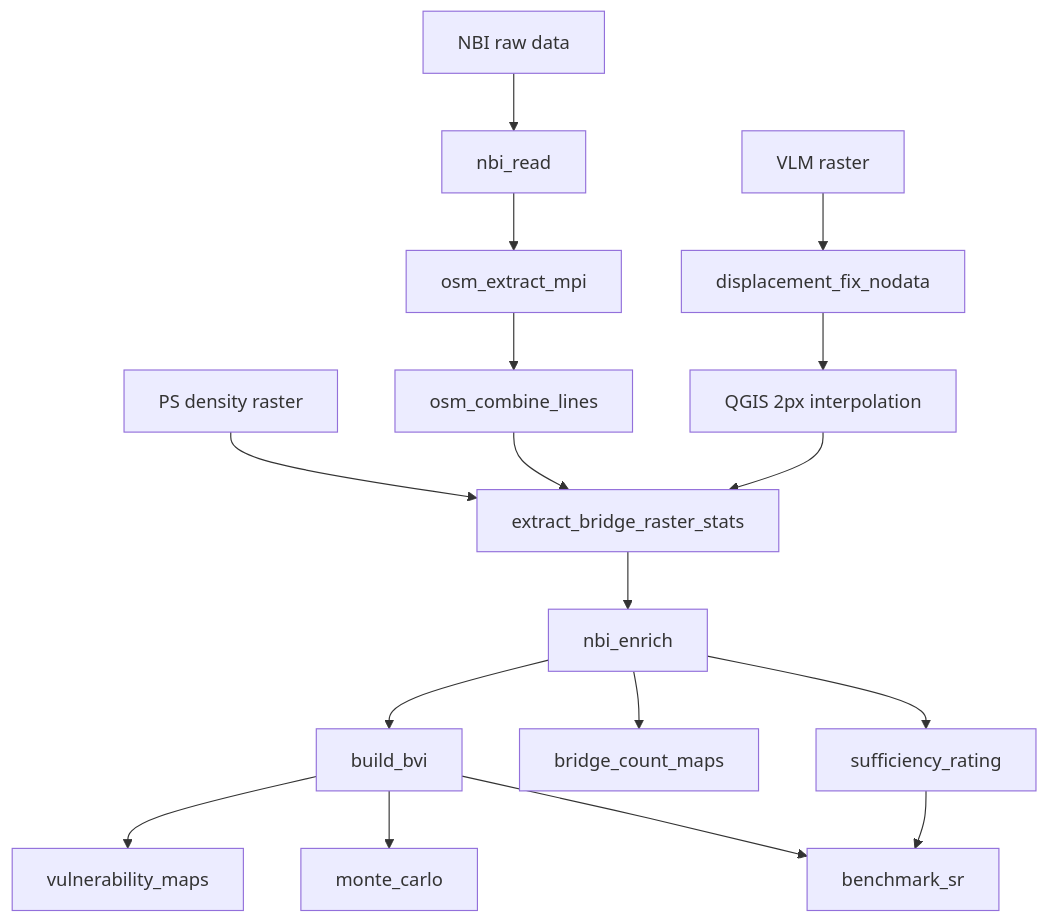
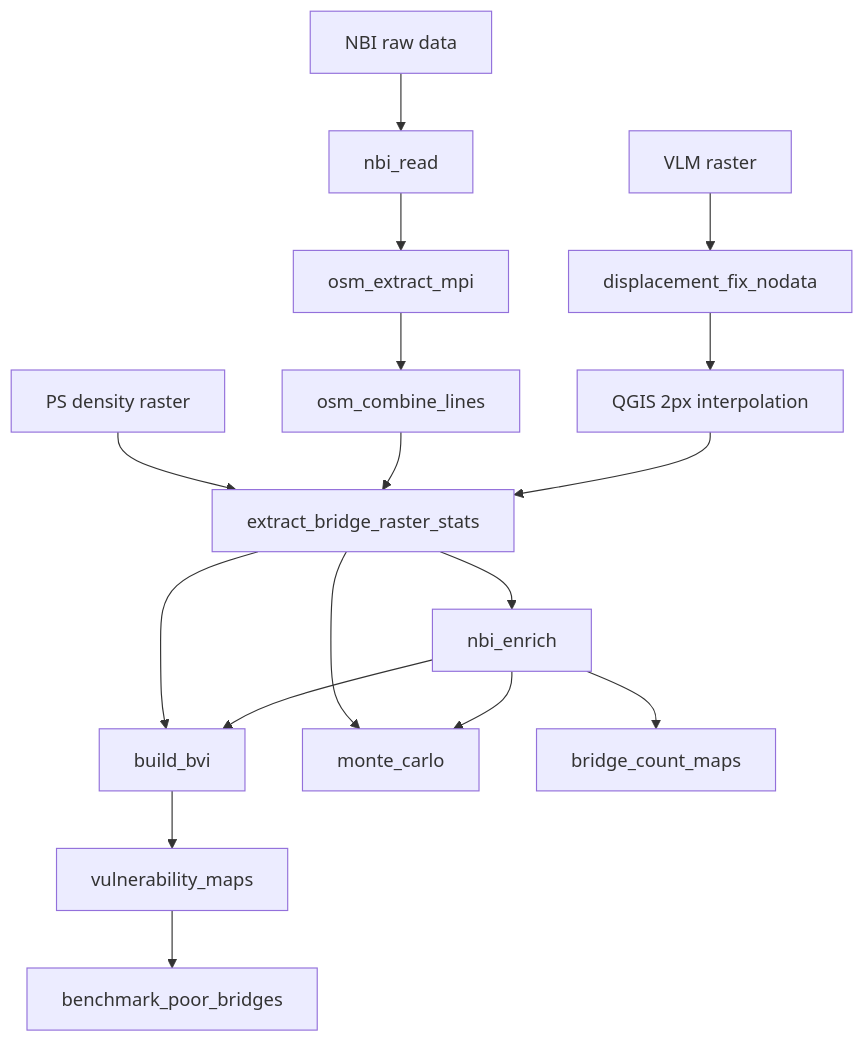
Before and after one commit to SafeStruct/SocialEquityBridge: the diagram in README.md, drawn with Mermaid. The commit also changed other lines of this file and 15 other files, not shown here.

````diff
--- a/README.md
+++ b/README.md
@@ -221,19 +217,19 @@
 ```mermaid
 flowchart TD
     A[NBI raw data] --> B[nbi_read]
     B --> E[osm_extract_mpi]
     E --> F[osm_combine_lines]
     G[VLM raster] --> H[displacement_fix_nodata]
     H --> H2[QGIS 2px interpolation]
     I[PS density raster] --> J[extract_bridge_raster_stats]
     F --> J
     H2 --> J
     J --> C[nbi_enrich]
-    C --> K[build_bvi]
+    J --> K[build_bvi]
+    J --> N[monte_carlo]
+    C --> K
     K --> L[vulnerability_maps]
     C --> M[bridge_count_maps]
-    K --> N[monte_carlo]
-    C --> O[sufficiency_rating]
-    K --> P[benchmark_sr]
-    O --> P
+    C --> N
+    L --> P[benchmark_poor_bridges]
 ```
````
